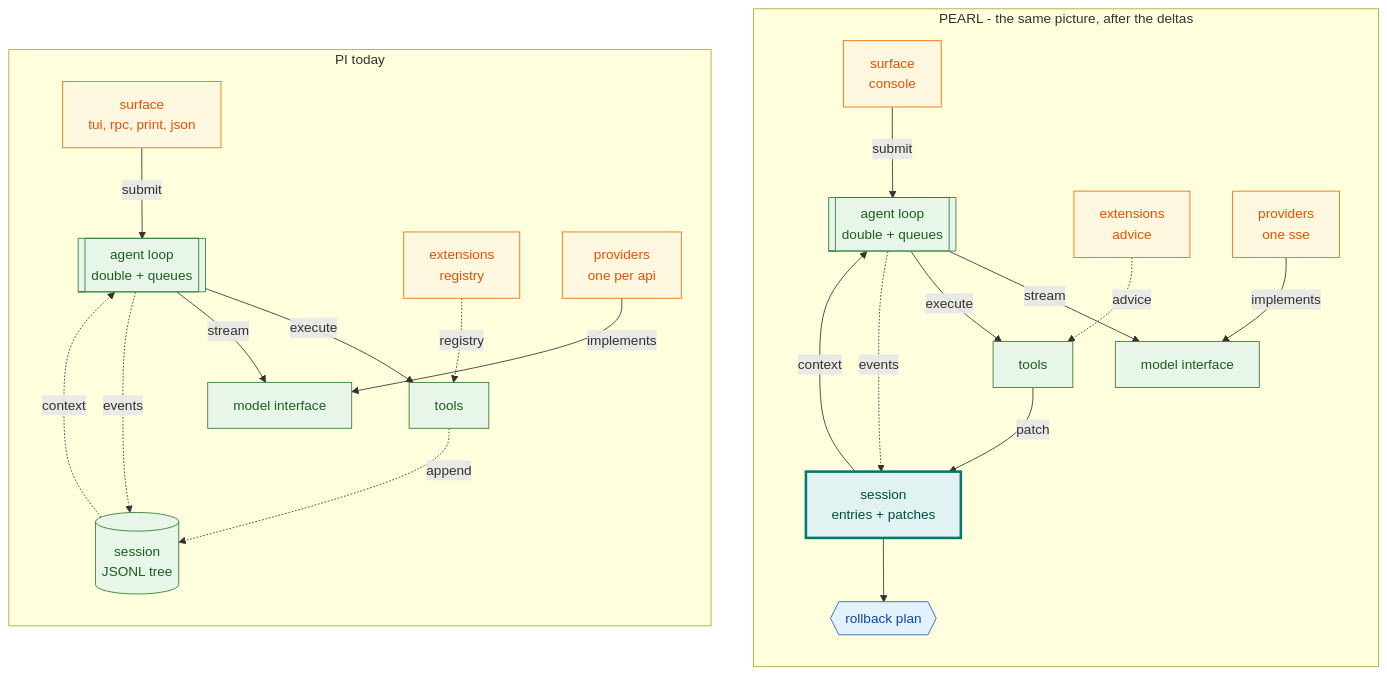
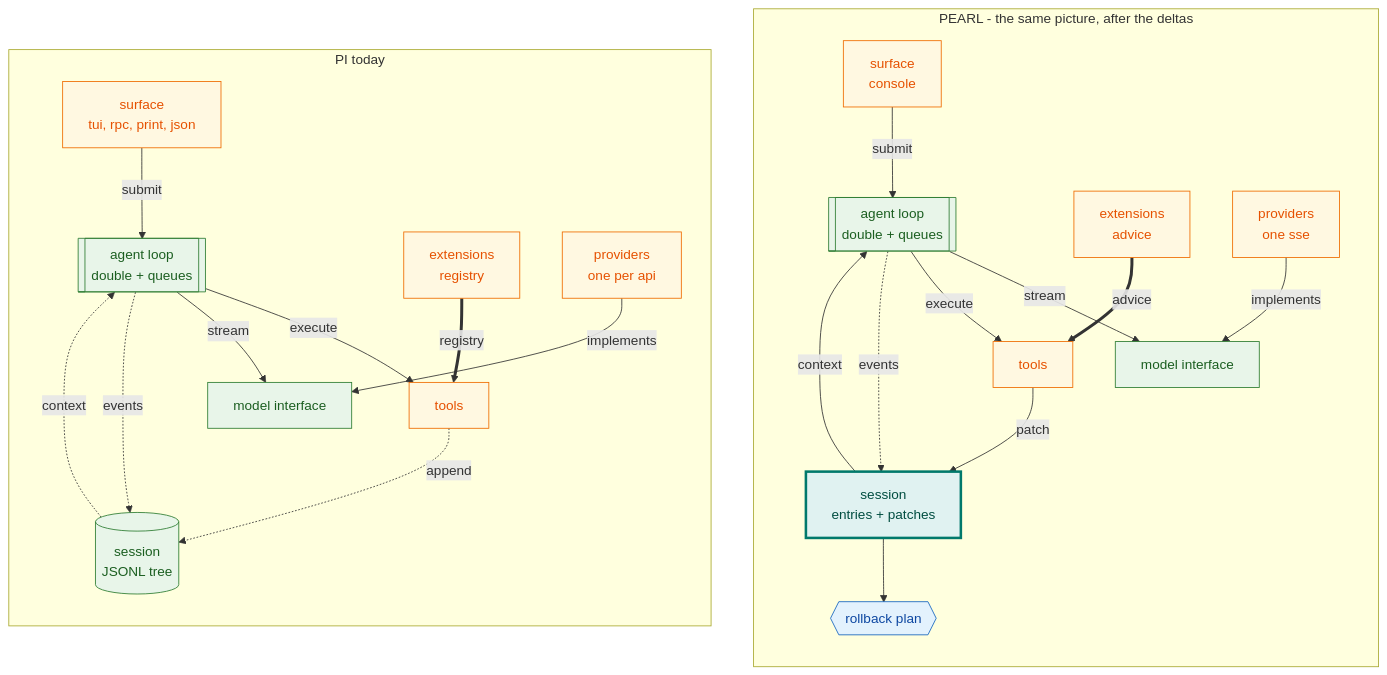
One commit to OverbearingPearl/pearl changed the diagram in README.md. Above: the diagram before and after it, drawn with Mermaid. The commit also changed other lines of this file, not shown here.

````diff
--- a/README.md
+++ b/README.md
@@ -57,35 +57,35 @@
 ```mermaid
 flowchart TB
   subgraph R["PEARL - the same picture, after the deltas"]
     direction TB
     r_surf["surface<br/>console"] -->|submit| r_loop[["agent loop<br/>double + queues"]]
     r_loop -->|stream| r_model["model interface"]
     r_loop -->|execute| r_tools["tools"]
     r_loop -.->|events| r_sess["session<br/>entries + patches"]
     r_tools -->|patch| r_sess
     r_sess -->|context| r_loop
     r_sess --> r_plan{{"rollback plan"}}
-    r_ext["extensions<br/>advice"] -.->|advice| r_tools
+    r_ext["extensions<br/>advice"] ==>|advice| r_tools
     r_prov["providers<br/>one sse"] -->|implements| r_model
   end
   subgraph L["PI today"]
     direction TB
     l_surf["surface<br/>tui, rpc, print, json"] -->|submit| l_loop[["agent loop<br/>double + queues"]]
     l_loop -->|execute| l_tools["tools"]
     l_loop -->|stream| l_model["model interface"]
     l_loop -.->|events| l_sess[("session<br/>JSONL tree")]
     l_tools -.->|append| l_sess
     l_sess -.->|context| l_loop
-    l_ext["extensions<br/>registry"] -.->|registry| l_tools
+    l_ext["extensions<br/>registry"] ==>|registry| l_tools
     l_prov["providers<br/>one per api"] -->|implements| l_model
   end
   classDef keep fill:#e8f5e9,stroke:#2e7d32,color:#1b5e20
   classDef moved fill:#e0f2f1,stroke:#00796b,color:#004d40,stroke-width:3px
   classDef added fill:#e3f2fd,stroke:#1565c0,color:#0d47a1
   classDef changed fill:#fff8e1,stroke:#ef6c00,color:#e65100
-  class l_loop,l_model,l_tools,l_sess,r_loop,r_model,r_tools keep
-  class l_surf,l_ext,l_prov changed
-  class r_surf,r_ext,r_prov changed
+  class l_loop,l_model,l_sess,r_loop,r_model keep
+  class l_surf,l_ext,l_prov,l_tools changed
+  class r_surf,r_ext,r_prov,r_tools changed
   class r_sess moved
   class r_plan added
 ```
````
